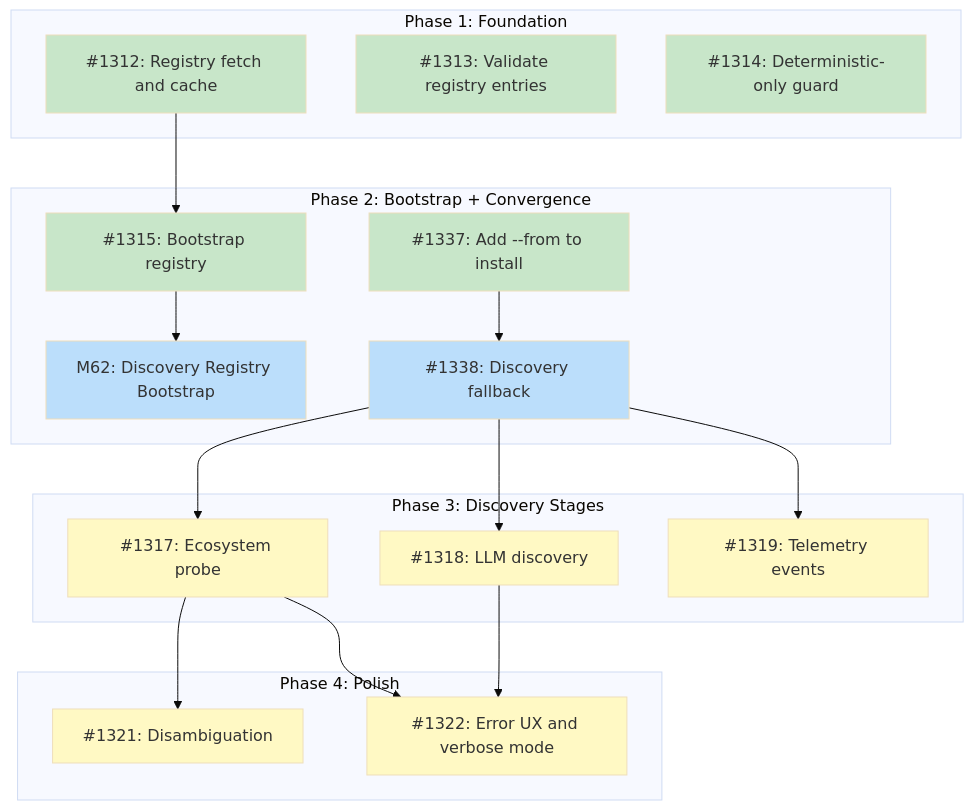
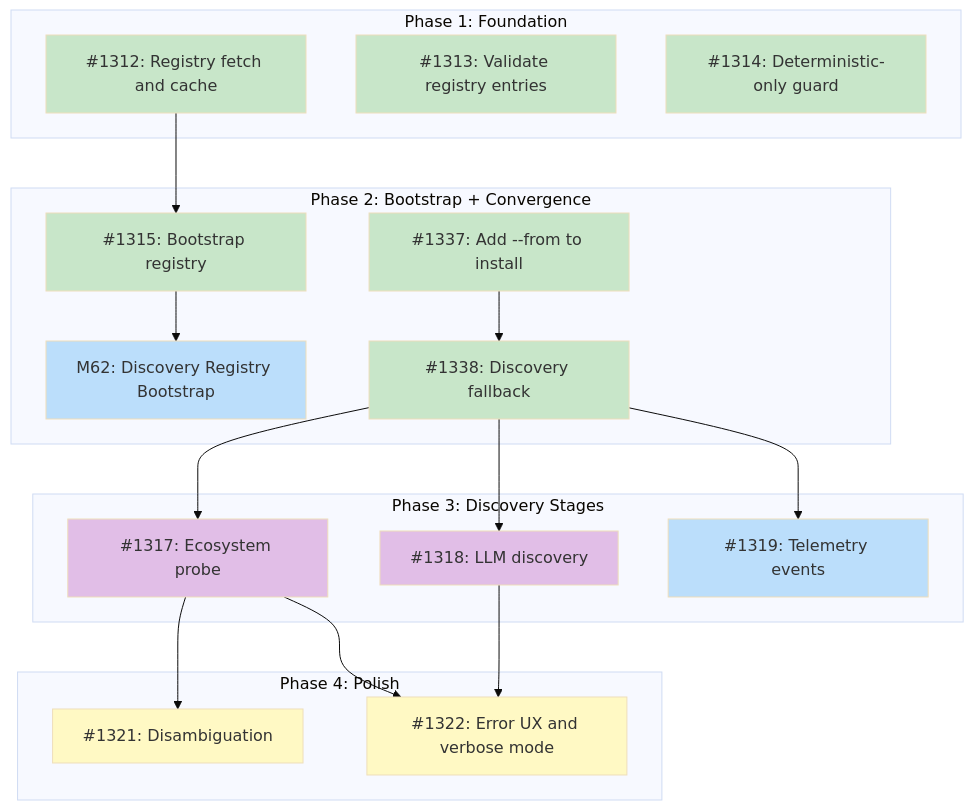
The diagram in docs/designs/DESIGN-discovery-resolver.md (tsukumogami/tsuku), drawn with Mermaid (base theme) before and after one commit. The commit also changed other lines of this file and 3 other files, not shown here.

````diff
--- a/docs/designs/DESIGN-discovery-resolver.md
+++ b/docs/designs/DESIGN-discovery-resolver.md
@@ -62,49 +62,49 @@
 ```mermaid
 graph TD
     subgraph Phase1["Phase 1: Foundation"]
         I1312["#1312: Registry fetch and cache"]
         I1313["#1313: Validate registry entries"]
         I1314["#1314: Deterministic-only guard"]
     end
 
     subgraph Phase2["Phase 2: Bootstrap + Convergence"]
         M62["M62: Discovery Registry Bootstrap"]
         I1315["#1315: Bootstrap registry"]
         I1337["#1337: Add --from to install"]
         I1338["#1338: Discovery fallback"]
     end
 
     subgraph Phase3["Phase 3: Discovery Stages"]
         I1317["#1317: Ecosystem probe"]
         I1318["#1318: LLM discovery"]
         I1319["#1319: Telemetry events"]
     end
 
     subgraph Phase4["Phase 4: Polish"]
         I1321["#1321: Disambiguation"]
         I1322["#1322: Error UX and verbose mode"]
     end
 
     I1312 --> I1315
     I1315 --> M62
     I1337 --> I1338
     I1338 --> I1317
     I1338 --> I1318
     I1338 --> I1319
     I1317 --> I1321
     I1317 --> I1322
     I1318 --> I1322
 
     classDef done fill:#c8e6c9
     classDef ready fill:#bbdefb
     classDef blocked fill:#fff9c4
     classDef needsDesign fill:#e1bee7
 
     class I1312,I1313,I1314 done
-    class I1337 done
-    class I1338 ready
-    class I1319 blocked
+    class I1337,I1338 done
+    class I1319 ready
+    class I1317,I1318 needsDesign
     class M62 ready
     class I1315 done
-    class I1317,I1318,I1321,I1322 blocked
+    class I1321,I1322 blocked
 ```
````
